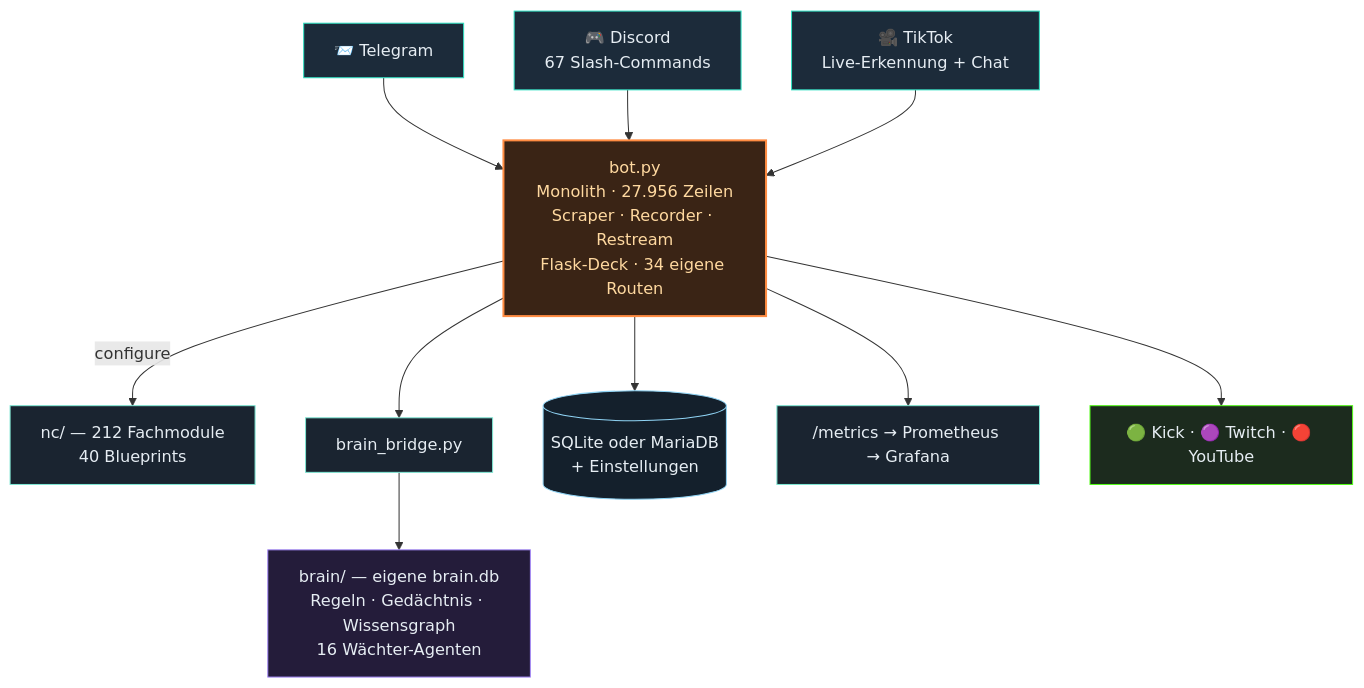
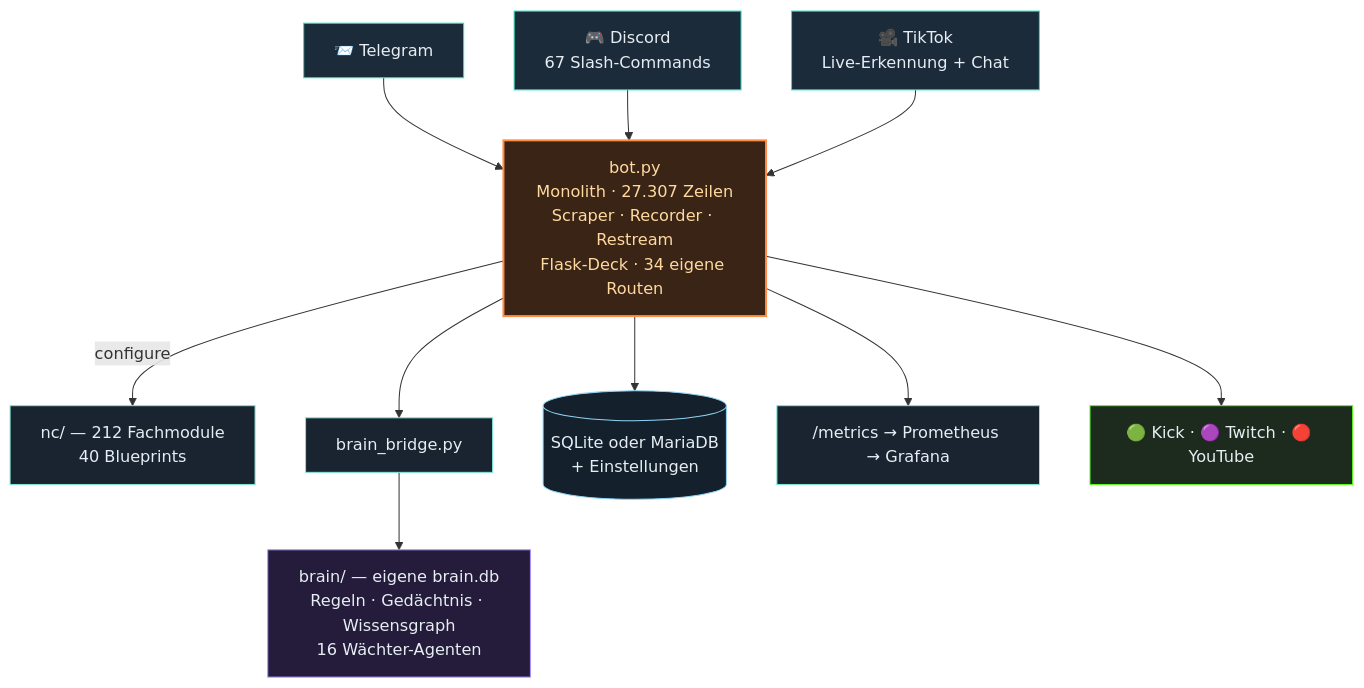
The second of 3 diagrams in README.md (itsamemedev/Telegram-Stream-Info-Bot), drawn with Mermaid before and after one commit. The commit also changed other lines of this file and 15 other files, not shown here.

````diff
--- a/README.md
+++ b/README.md
@@ -118,19 +118,19 @@
 ```mermaid
 flowchart TB
     TG["📨 Telegram"]:::ein --> BOT
     DC["🎮 Discord<br/>67 Slash-Commands"]:::ein --> BOT
     TT["🎥 TikTok<br/>Live-Erkennung + Chat"]:::ein --> BOT
-    BOT["bot.py<br/>Monolith · 27.956 Zeilen<br/>Scraper · Recorder · Restream<br/>Flask-Deck · 34 eigene Routen"]:::core
+    BOT["bot.py<br/>Monolith · 27.307 Zeilen<br/>Scraper · Recorder · Restream<br/>Flask-Deck · 34 eigene Routen"]:::core
     BOT -->|configure| NC["nc/ — 212 Fachmodule<br/>40 Blueprints"]:::lib
     BOT --> BR["brain_bridge.py"]:::lib
     BR --> BRAIN["brain/ — eigene brain.db<br/>Regeln · Gedächtnis · Wissensgraph<br/>16 Wächter-Agenten"]:::brain
     BOT --> DB[("SQLite oder MariaDB<br/>+ Einstellungen")]:::db
     BOT --> PROM["/metrics → Prometheus → Grafana"]:::lib
     BOT --> OUT["🟢 Kick · 🟣 Twitch · 🔴 YouTube"]:::out
     classDef ein fill:#1c2b3a,stroke:#2de1c2,color:#e6edf3
     classDef core fill:#3a2415,stroke:#ff8c42,stroke-width:2px,color:#ffd9a0
     classDef lib fill:#1a2430,stroke:#7fe7d4,color:#e6edf3
     classDef brain fill:#241c3a,stroke:#a78bfa,color:#e6edf3
     classDef db fill:#14202c,stroke:#8fd3f4,color:#e6edf3
     classDef out fill:#1c2b1e,stroke:#53fc18,color:#e6edf3
 ```
````
